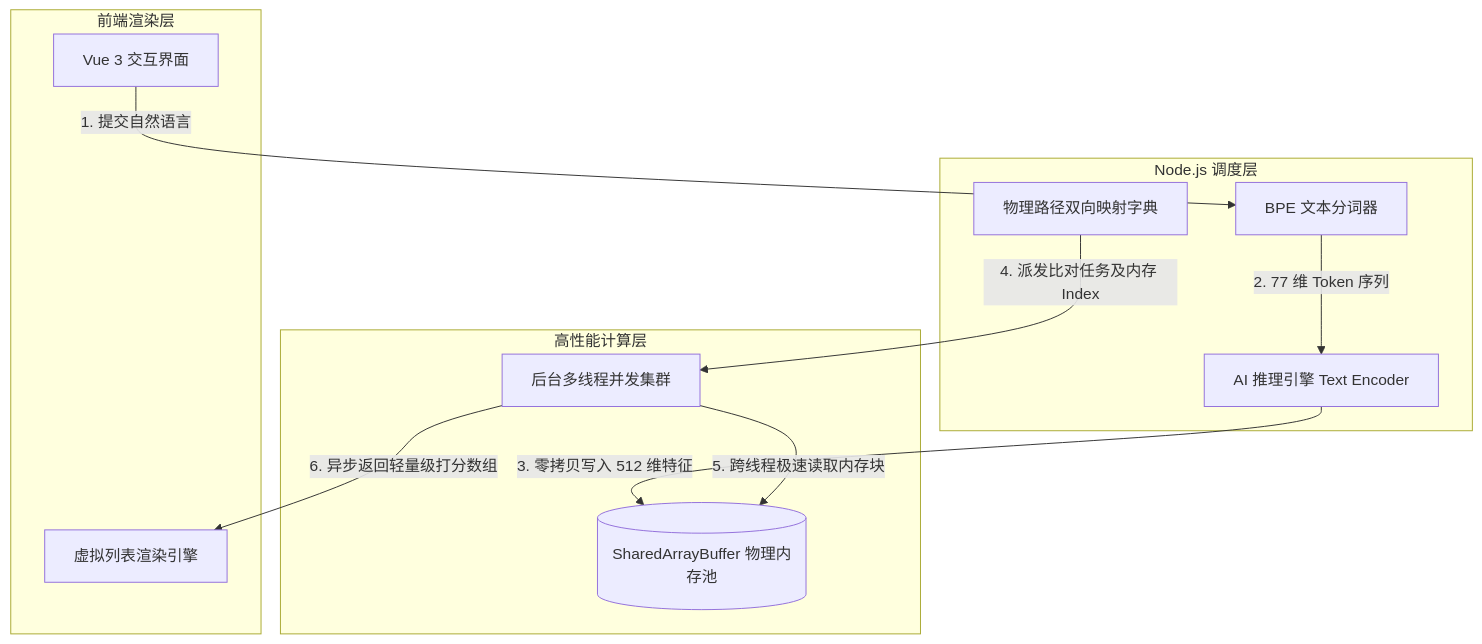
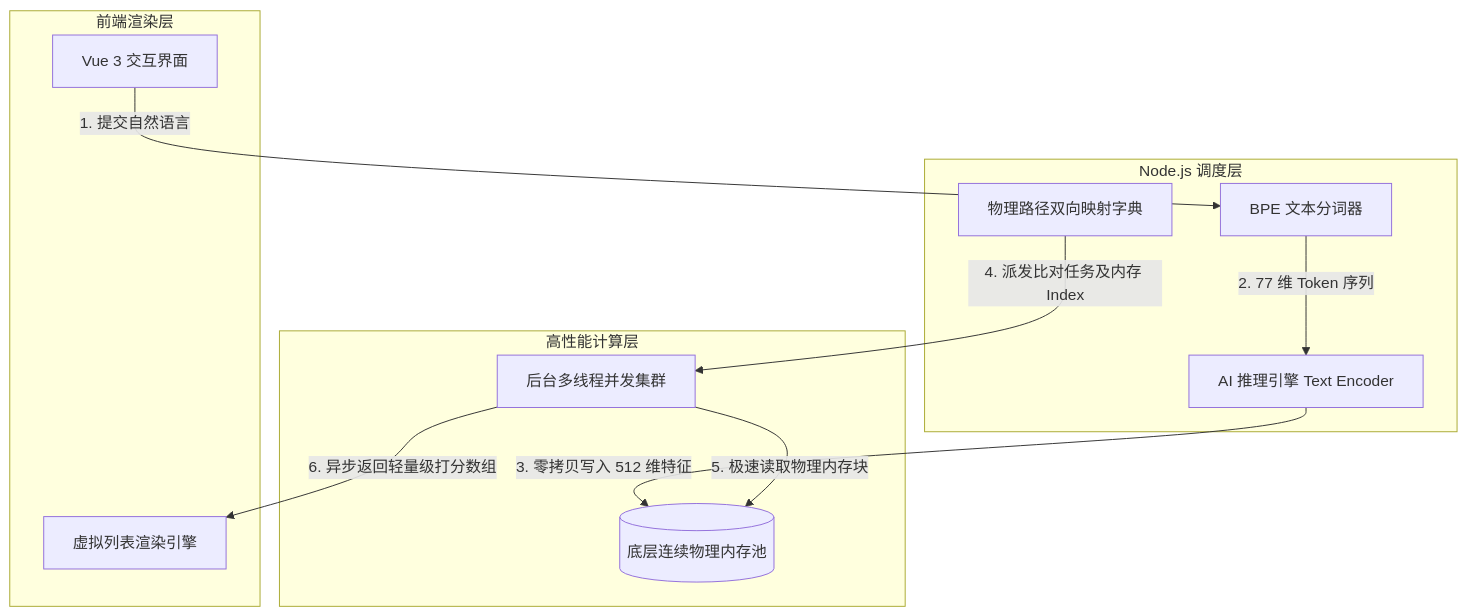
One commit to NovaMindLab/AIShare-Grabber changed the first of 2 diagrams in wiki/features/semantic_search_architecture.md. Above: the diagram before and after it, drawn with Mermaid. The commit also changed other lines of this file, not shown here.

Commit message:
docs(wiki): obscure SharedArrayBuffer implementation details in favor of generic memory concepts

````diff
--- a/wiki/features/semantic_search_architecture.md
+++ b/wiki/features/semantic_search_architecture.md
@@ -15,25 +15,25 @@
 ```mermaid
 flowchart TD
     subgraph 前端渲染层
         UI[Vue 3 交互界面]
         VirtualList[虚拟列表渲染引擎]
     end
 
     subgraph Node.js 调度层
         NLP[BPE 文本分词器]
         ONNX[AI 推理引擎 Text Encoder]
         MapDict[物理路径双向映射字典]
     end
 
     subgraph 高性能计算层
-        SAB[(SharedArrayBuffer 物理内存池)]
+        MemPool[(底层连续物理内存池)]
         Worker[后台多线程并发集群]
     end
 
     UI -- 1. 提交自然语言 --> NLP
     NLP -- 2. 77 维 Token 序列 --> ONNX
-    ONNX -- 3. 零拷贝写入 512 维特征 --> SAB
+    ONNX -- 3. 零拷贝写入 512 维特征 --> MemPool
     MapDict -- 4. 派发比对任务及内存 Index --> Worker
-    Worker -- 5. 跨线程极速读取内存块 --> SAB
+    Worker -- 5. 极速读取物理内存块 --> MemPool
     Worker -- 6. 异步返回轻量级打分数组 --> VirtualList
 ```
````
